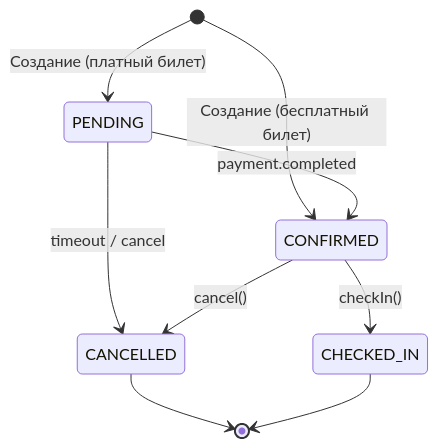
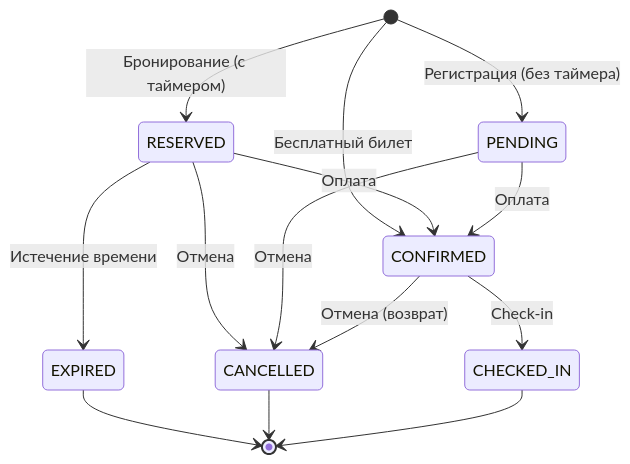
Diagram 12 of 23 in docs/data/domain-model.md (egorov-ma/aqstream), drawn with Mermaid before and after one commit. The commit also changed other lines of this file and 47 other files, not shown here.

````diff
--- a/docs/data/domain-model.md
+++ b/docs/data/domain-model.md
@@ -320,11 +456,20 @@
 ```mermaid
 stateDiagram-v2
-    [*] --> PENDING: Создание (платный билет)
-    [*] --> CONFIRMED: Создание (бесплатный билет)
-    PENDING --> CONFIRMED: payment.completed
-    PENDING --> CANCELLED: timeout / cancel
-    CONFIRMED --> CANCELLED: cancel()
-    CONFIRMED --> CHECKED_IN: checkIn()
+    [*] --> RESERVED: Бронирование (с таймером)
+    [*] --> PENDING: Регистрация (без таймера)
+    [*] --> CONFIRMED: Бесплатный билет
+
+    RESERVED --> CONFIRMED: Оплата
+    RESERVED --> EXPIRED: Истечение времени
+    RESERVED --> CANCELLED: Отмена
+
+    PENDING --> CONFIRMED: Оплата
+    PENDING --> CANCELLED: Отмена
+
+    CONFIRMED --> CHECKED_IN: Check-in
+    CONFIRMED --> CANCELLED: Отмена (возврат)
+
+    EXPIRED --> [*]
     CANCELLED --> [*]
     CHECKED_IN --> [*]
 ```
````
